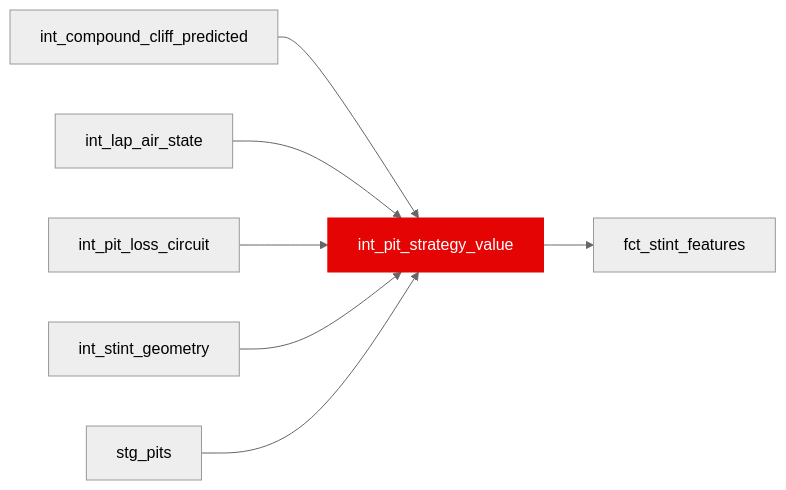
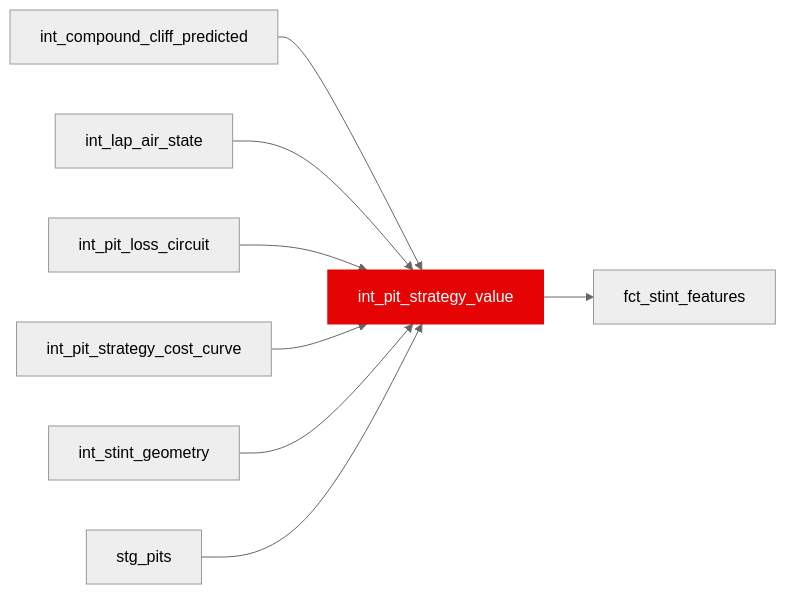
Before and after one commit to JustinClarke/off-the-pace: the diagram in docs/reference/models/int/int_pit_strategy_value.mdx, drawn with Mermaid (neutral theme). The commit also changed other lines of this file and 89 other files, not shown here.

````diff
--- a/docs/reference/models/int/int_pit_strategy_value.mdx
+++ b/docs/reference/models/int/int_pit_strategy_value.mdx
@@ -15,10 +15,11 @@
 ```mermaid
 flowchart LR
   int_compound_cliff_predicted --> int_pit_strategy_value
   int_lap_air_state --> int_pit_strategy_value
   int_pit_loss_circuit --> int_pit_strategy_value
+  int_pit_strategy_cost_curve --> int_pit_strategy_value
   int_stint_geometry --> int_pit_strategy_value
   stg_pits --> int_pit_strategy_value
   int_pit_strategy_value --> fct_stint_features
   style int_pit_strategy_value fill:#e40404,stroke:#e40404,color:#fff
 ```
````
